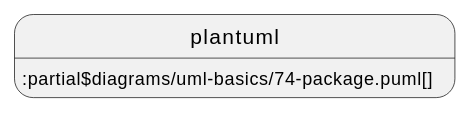
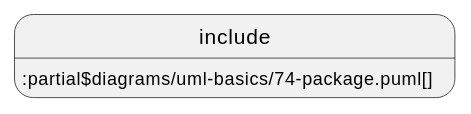
Before and after one commit to acplt/aas-specs: diagram 13 of 24 in documentation/IDTA-01001/modules/ROOT/pages/annex/uml.adoc, drawn with PlantUML. The commit also changed other lines of this file and 14 other files, not shown here.

First line of the commit message:
Revert "Use plantuml instead of include and test ./"

```diff
--- a/documentation/IDTA-01001/modules/ROOT/pages/annex/uml.adoc
+++ b/documentation/IDTA-01001/modules/ROOT/pages/annex/uml.adoc
@@ -199,4 +199,4 @@
 [plantuml, 74-package, svg]
 ....
-plantuml::partial$diagrams/uml-basics/74-package.puml[]
+include::partial$diagrams/uml-basics/74-package.puml[]
 ....
```
